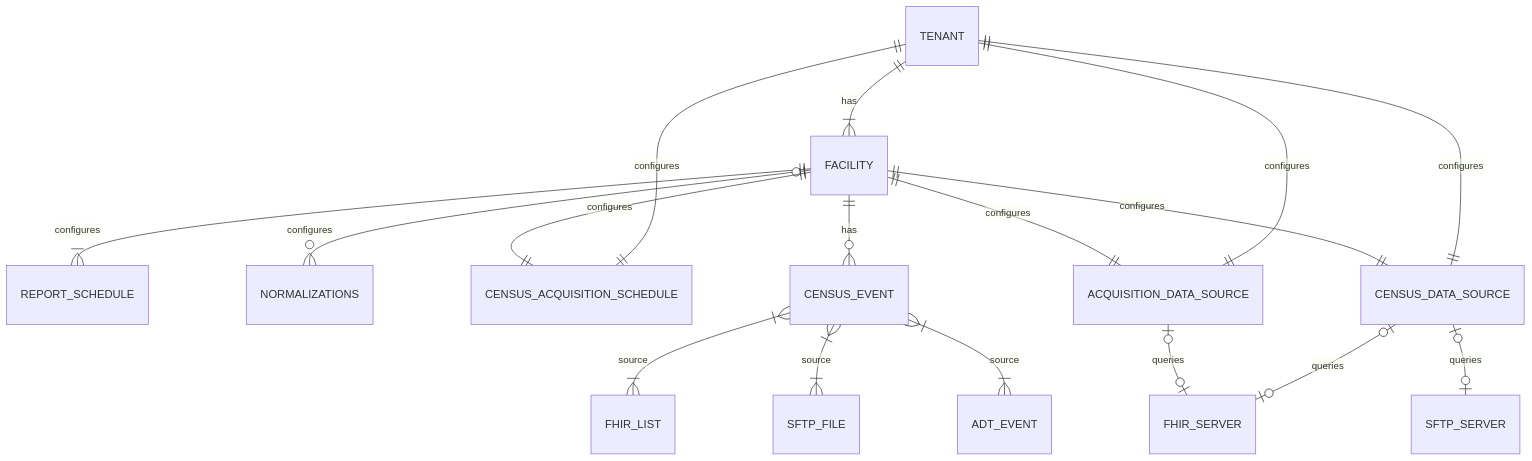
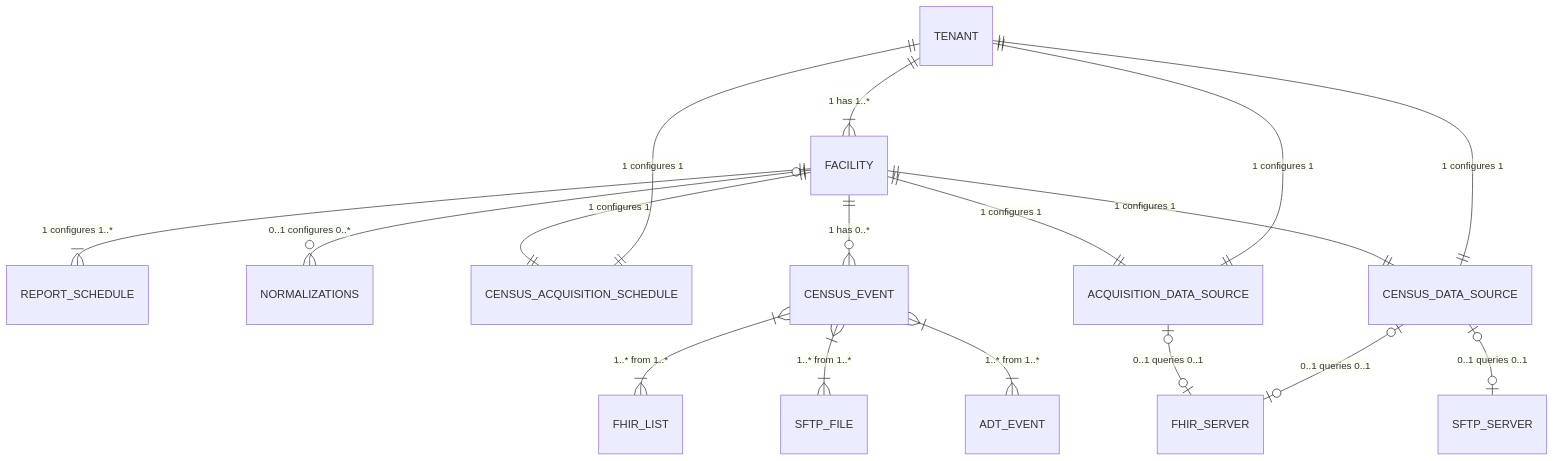
One commit to lantanagroup/link-cloud changed the second of 9 diagrams in docs/docs/proposals/tenant-multi-facility-proposal.mdx. Above: the diagram before and after it, drawn with Mermaid. The commit also changed other lines of this file, not shown here.

Commit message:
Updated ERD relationship labels

````diff
--- a/docs/docs/proposals/tenant-multi-facility-proposal.mdx
+++ b/docs/docs/proposals/tenant-multi-facility-proposal.mdx
@@ -48,19 +48,19 @@
 ```mermaid
 erDiagram
-	TENANT||--|{FACILITY:"has"
-	FACILITY||--|{REPORT_SCHEDULE:"configures"
-	FACILITY|o--o{NORMALIZATIONS:"configures"
-	TENANT||--||CENSUS_ACQUISITION_SCHEDULE:"configures"
-	FACILITY||--||CENSUS_ACQUISITION_SCHEDULE:"configures"
-	TENANT||--||ACQUISITION_DATA_SOURCE:"configures"
-	FACILITY||--||ACQUISITION_DATA_SOURCE:"configures"
-	FACILITY||--o{CENSUS_EVENT:"has"
-	CENSUS_EVENT}|--|{FHIR_LIST:"source"
-	CENSUS_EVENT}|--|{SFTP_FILE:"source"
-	CENSUS_EVENT}|--|{ADT_EVENT:"source"
-	TENANT||--||CENSUS_DATA_SOURCE:"configures"
-	FACILITY||--||CENSUS_DATA_SOURCE:"configures"
-	CENSUS_DATA_SOURCE|o--o|FHIR_SERVER:"queries"
-	CENSUS_DATA_SOURCE|o--o|SFTP_SERVER:"queries"
-	ACQUISITION_DATA_SOURCE|o--o|FHIR_SERVER:"queries"
+	TENANT||--|{FACILITY:"1 has 1..*"
+	FACILITY||--|{REPORT_SCHEDULE:"1 configures 1..*"
+	FACILITY|o--o{NORMALIZATIONS:"0..1 configures 0..*"
+	TENANT||--||CENSUS_ACQUISITION_SCHEDULE:"1 configures 1"
+	FACILITY||--||CENSUS_ACQUISITION_SCHEDULE:"1 configures 1"
+	TENANT||--||ACQUISITION_DATA_SOURCE:"1 configures 1"
+	FACILITY||--||ACQUISITION_DATA_SOURCE:"1 configures 1"
+	FACILITY||--o{CENSUS_EVENT:"1 has 0..*"
+	CENSUS_EVENT}|--|{FHIR_LIST:"1..* from 1..*"
+	CENSUS_EVENT}|--|{SFTP_FILE:"1..* from 1..*"
+	CENSUS_EVENT}|--|{ADT_EVENT:"1..* from 1..*"
+	TENANT||--||CENSUS_DATA_SOURCE:"1 configures 1"
+	FACILITY||--||CENSUS_DATA_SOURCE:"1 configures 1"
+	CENSUS_DATA_SOURCE|o--o|FHIR_SERVER:"0..1 queries 0..1"
+	CENSUS_DATA_SOURCE|o--o|SFTP_SERVER:"0..1 queries 0..1"
+	ACQUISITION_DATA_SOURCE|o--o|FHIR_SERVER:"0..1 queries 0..1"
 ```
````
